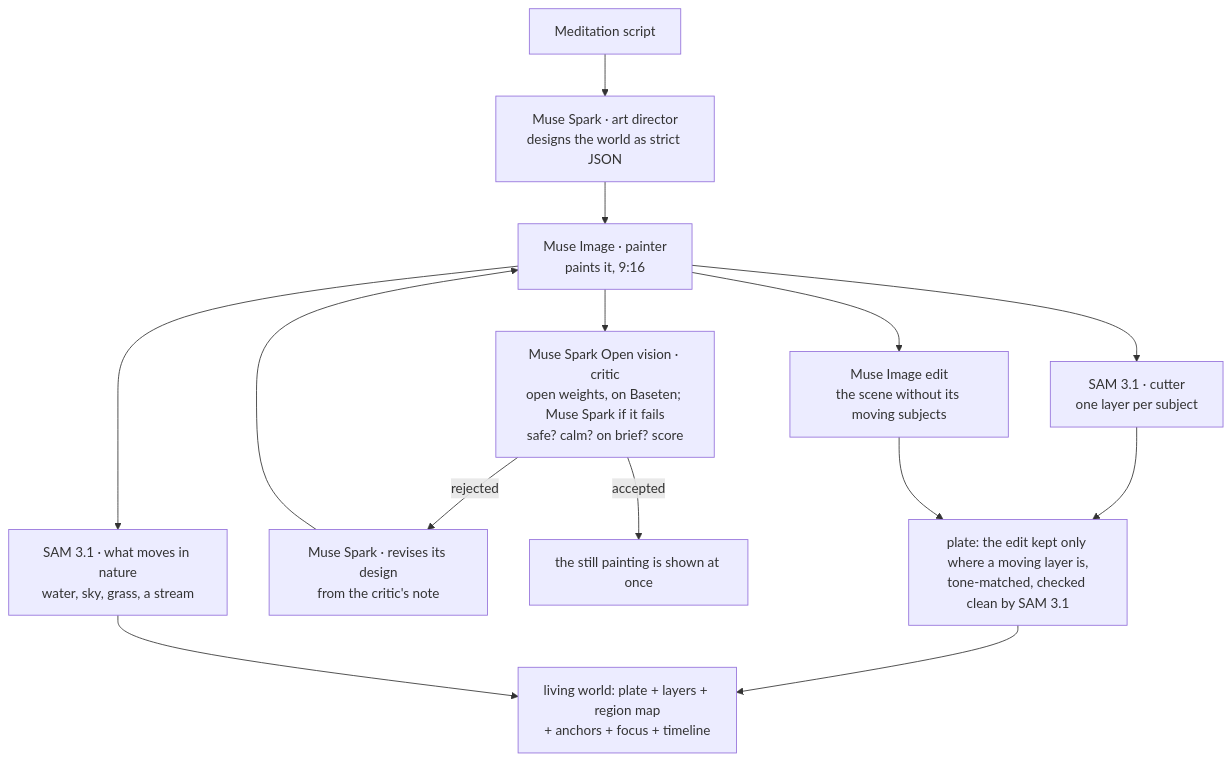
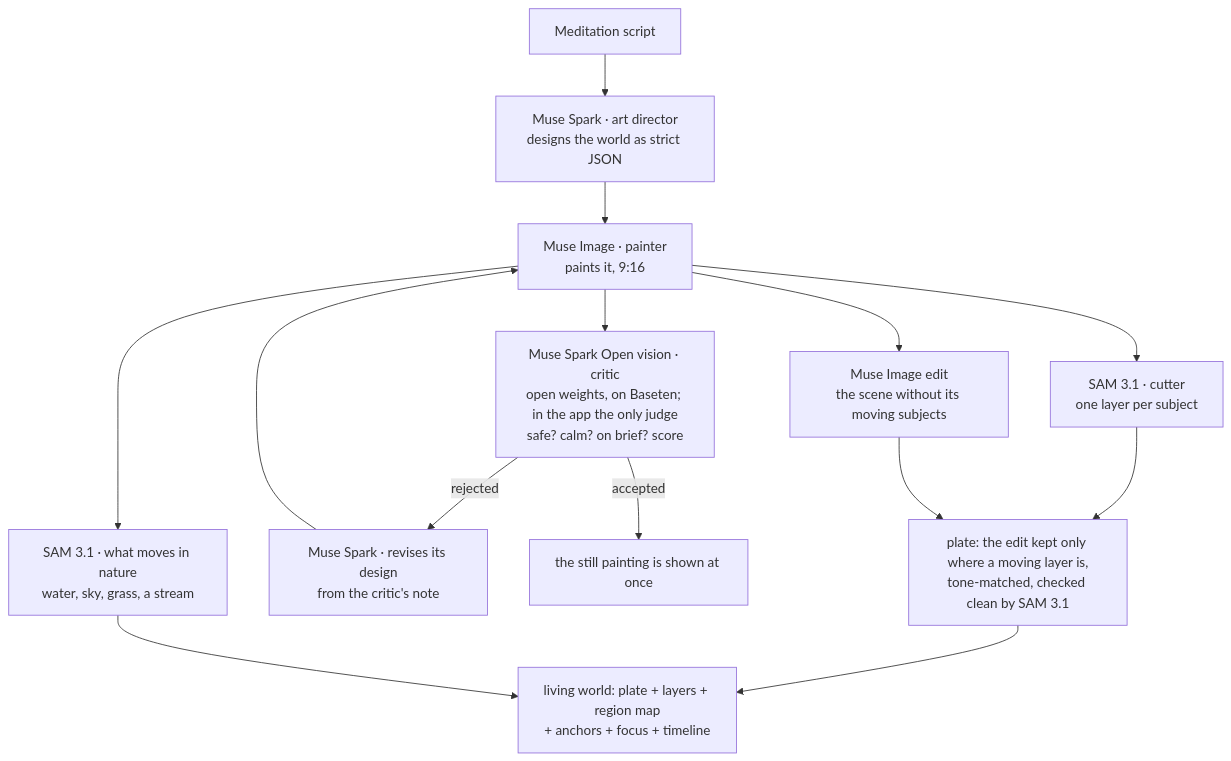
One commit to heynomads/elynd-worlds changed the diagram in README.md. Above: the diagram before and after it, drawn with Mermaid. The commit also changed other lines of this file and 3 other files, not shown here.

Commit message:
open_critic_only: a deployment can let Muse Spark Open be the only judge

````diff
--- a/README.md
+++ b/README.md
@@ -21,15 +21,15 @@
 ```mermaid
 flowchart TD
     M[Meditation script] --> D[Muse Spark · art director<br/>designs the world as strict JSON]
     D --> P[Muse Image · painter<br/>paints it, 9:16]
-    P --> C[Muse Spark Open vision · critic<br/>open weights, on Baseten; Muse Spark if it fails<br/>safe? calm? on brief? score]
+    P --> C[Muse Spark Open vision · critic<br/>open weights, on Baseten; in the app the only judge<br/>safe? calm? on brief? score]
     P --> S[SAM 3.1 · cutter<br/>one layer per subject]
     P --> E[Muse Image edit<br/>the scene without its moving subjects]
     P --> N[SAM 3.1 · what moves in nature<br/>water, sky, grass, a stream]
     C -- rejected --> R[Muse Spark · revises its design<br/>from the critic's note] --> P
     C -- accepted --> Show[the still painting is shown at once]
     S --> Plate
     E --> Plate[plate: the edit kept only where a moving layer is,<br/>tone-matched, checked clean by SAM 3.1]
     Plate --> World[living world: plate + layers + region map<br/>+ anchors + focus + timeline]
     N --> World
 ```
````
